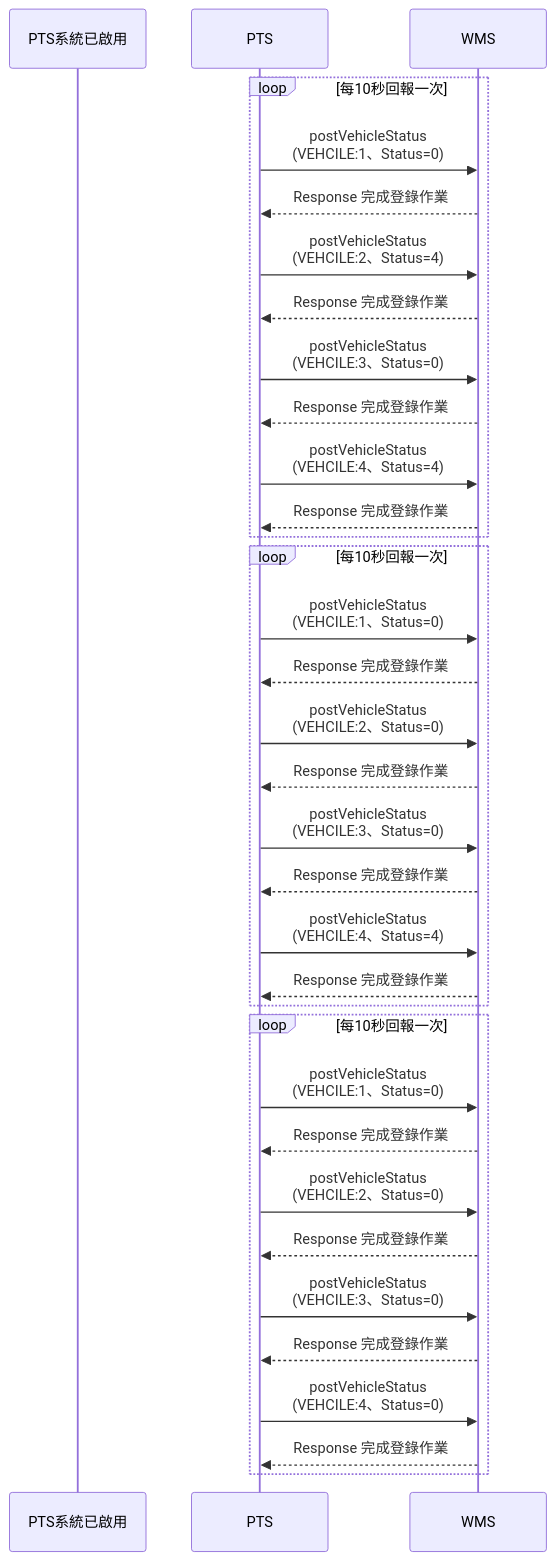
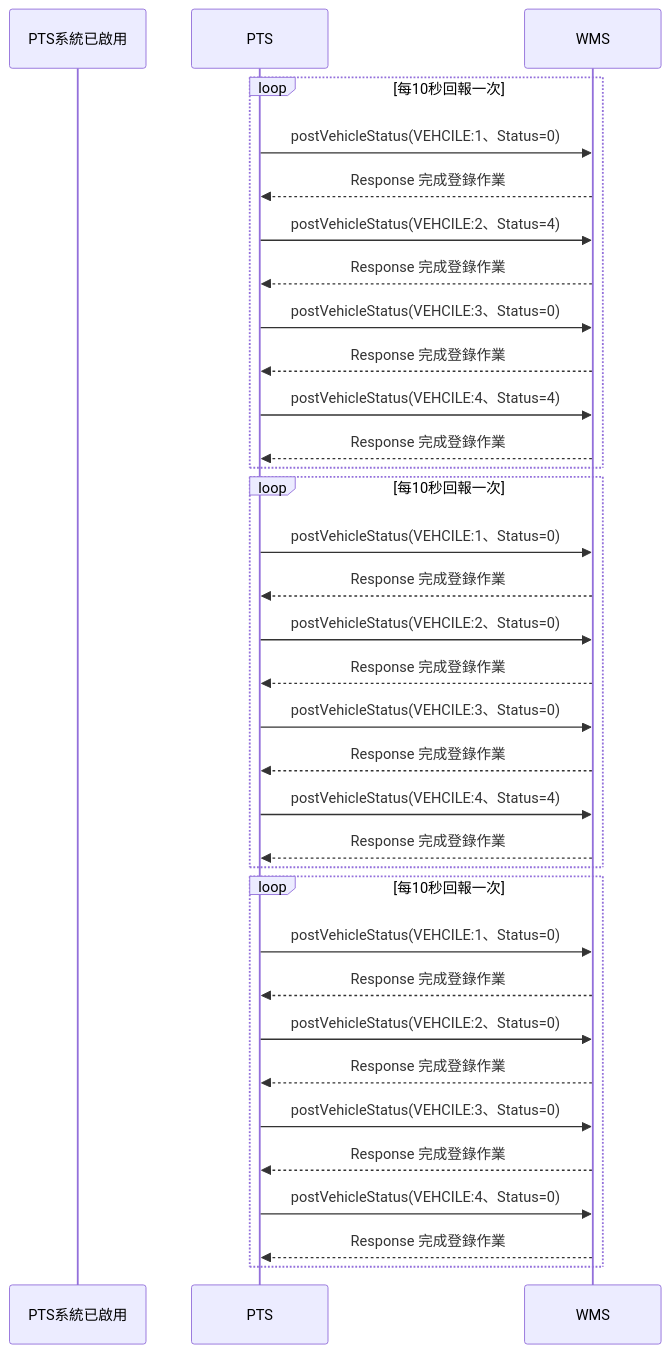
The fifth of 5 diagrams in README.md (athena-tircgo/amr-wms-lsj), drawn with Mermaid before and after one commit.

````diff
--- a/README.md
+++ b/README.md
@@ -307,39 +307,39 @@
 ```mermaid
 sequenceDiagram
     participant PTS系統已啟用
     participant PTS
     participant WMS
 
     loop 每10秒回報一次
-        PTS->>WMS: postVehicleStatus<BR> (VEHCILE:1、Status=0)
+        PTS->>WMS: postVehicleStatus(VEHCILE:1、Status=0)
         WMS-->>PTS: Response 完成登錄作業
-        PTS->>WMS: postVehicleStatus<BR> (VEHCILE:2、Status=4)
+        PTS->>WMS: postVehicleStatus(VEHCILE:2、Status=4)
         WMS-->>PTS: Response 完成登錄作業
-        PTS->>WMS: postVehicleStatus<BR> (VEHCILE:3、Status=0)
+        PTS->>WMS: postVehicleStatus(VEHCILE:3、Status=0)
         WMS-->>PTS: Response 完成登錄作業
-        PTS->>WMS: postVehicleStatus<BR> (VEHCILE:4、Status=4)
+        PTS->>WMS: postVehicleStatus(VEHCILE:4、Status=4)
         WMS-->>PTS: Response 完成登錄作業
     end
 
     loop 每10秒回報一次
-        PTS->>WMS: postVehicleStatus<BR> (VEHCILE:1、Status=0)
+        PTS->>WMS: postVehicleStatus(VEHCILE:1、Status=0)
         WMS-->>PTS: Response 完成登錄作業
-        PTS->>WMS: postVehicleStatus<BR> (VEHCILE:2、Status=0)
+        PTS->>WMS: postVehicleStatus(VEHCILE:2、Status=0)
         WMS-->>PTS: Response 完成登錄作業
-        PTS->>WMS: postVehicleStatus<BR> (VEHCILE:3、Status=0)
+        PTS->>WMS: postVehicleStatus(VEHCILE:3、Status=0)
         WMS-->>PTS: Response 完成登錄作業
-        PTS->>WMS: postVehicleStatus<BR> (VEHCILE:4、Status=4)
+        PTS->>WMS: postVehicleStatus(VEHCILE:4、Status=4)
         WMS-->>PTS: Response 完成登錄作業
     end
 
     loop 每10秒回報一次
-        PTS->>WMS: postVehicleStatus<BR> (VEHCILE:1、Status=0)
+        PTS->>WMS: postVehicleStatus(VEHCILE:1、Status=0)
         WMS-->>PTS: Response 完成登錄作業
-        PTS->>WMS: postVehicleStatus<BR> (VEHCILE:2、Status=0)
+        PTS->>WMS: postVehicleStatus(VEHCILE:2、Status=0)
         WMS-->>PTS: Response 完成登錄作業
-        PTS->>WMS: postVehicleStatus<BR> (VEHCILE:3、Status=0)
+        PTS->>WMS: postVehicleStatus(VEHCILE:3、Status=0)
         WMS-->>PTS: Response 完成登錄作業
-        PTS->>WMS: postVehicleStatus<BR> (VEHCILE:4、Status=0)
+        PTS->>WMS: postVehicleStatus(VEHCILE:4、Status=0)
         WMS-->>PTS: Response 完成登錄作業
     end
 ```
````
